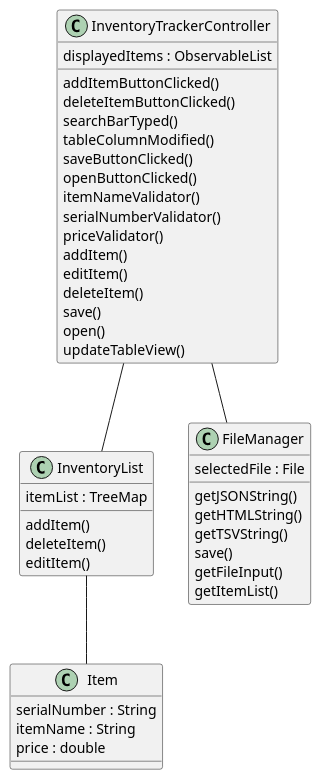
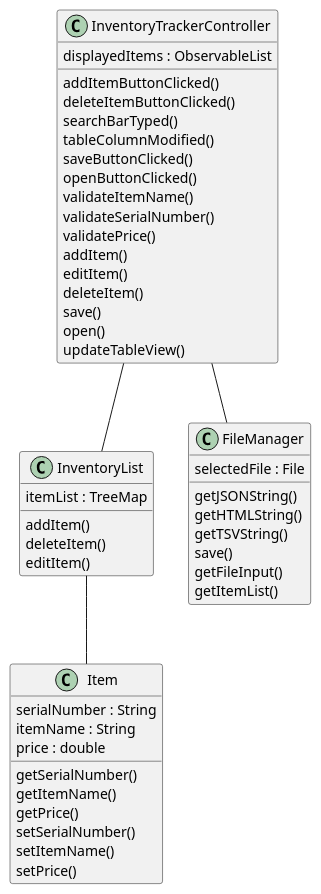
The diagram in uml/ClassDiagram.puml (admonlee/InventoryTracker), drawn with PlantUML before and after one commit. The commit also changed 10 other files, not shown here.

```diff
--- a/uml/ClassDiagram.puml
+++ b/uml/ClassDiagram.puml
@@ -1,53 +1,59 @@
 @startuml
 
 class InventoryTrackerController
 {
 displayedItems : ObservableList
 addItemButtonClicked()
 deleteItemButtonClicked()
 searchBarTyped()
 tableColumnModified()
 saveButtonClicked()
 openButtonClicked()
-itemNameValidator()
-serialNumberValidator()
-priceValidator()
+validateItemName()
+validateSerialNumber()
+validatePrice()
 addItem()
 editItem()
 deleteItem()
 save()
 open()
 updateTableView()
 }
 
 class InventoryList
 {
 itemList : TreeMap
 addItem()
 deleteItem()
 editItem()
 }
 
 class Item
 {
 serialNumber : String
 itemName : String
 price : double
+getSerialNumber()
+getItemName()
+getPrice()
+setSerialNumber()
+setItemName()
+setPrice()
 }
 
 class FileManager
 {
 selectedFile : File
 getJSONString()
 getHTMLString()
 getTSVString()
 save()
 getFileInput()
 getItemList()
 }
 
 InventoryTrackerController -- InventoryList
 InventoryList -- Item
 InventoryTrackerController -- FileManager
 
 @enduml
```
